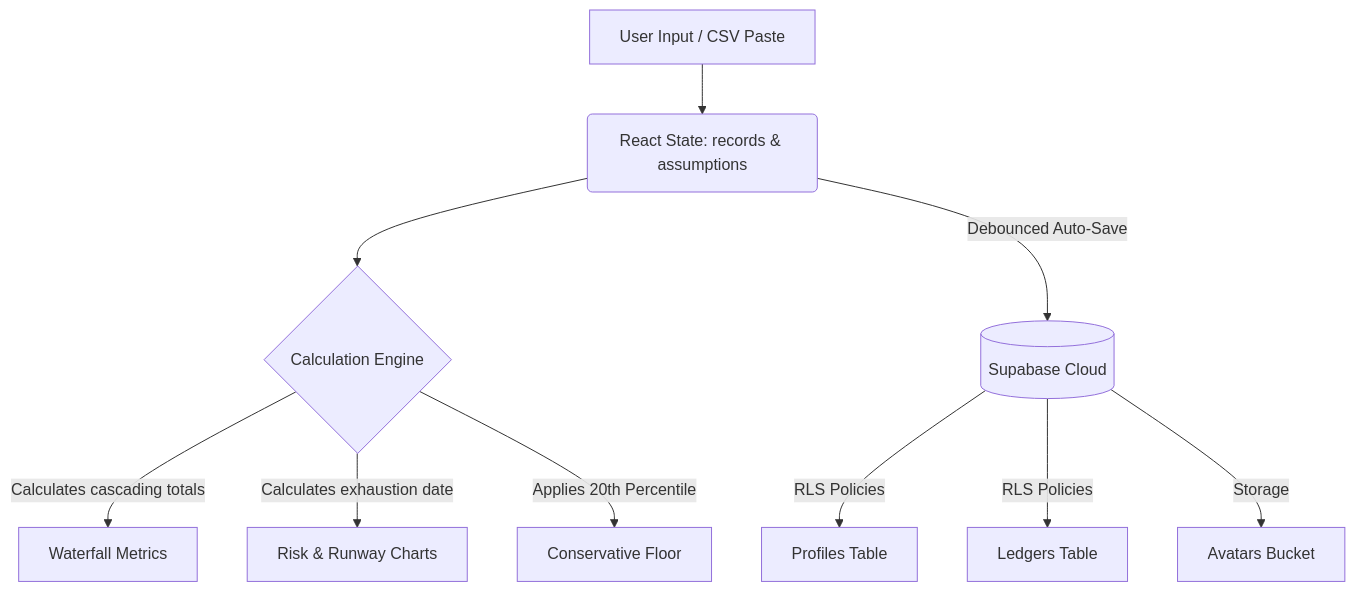
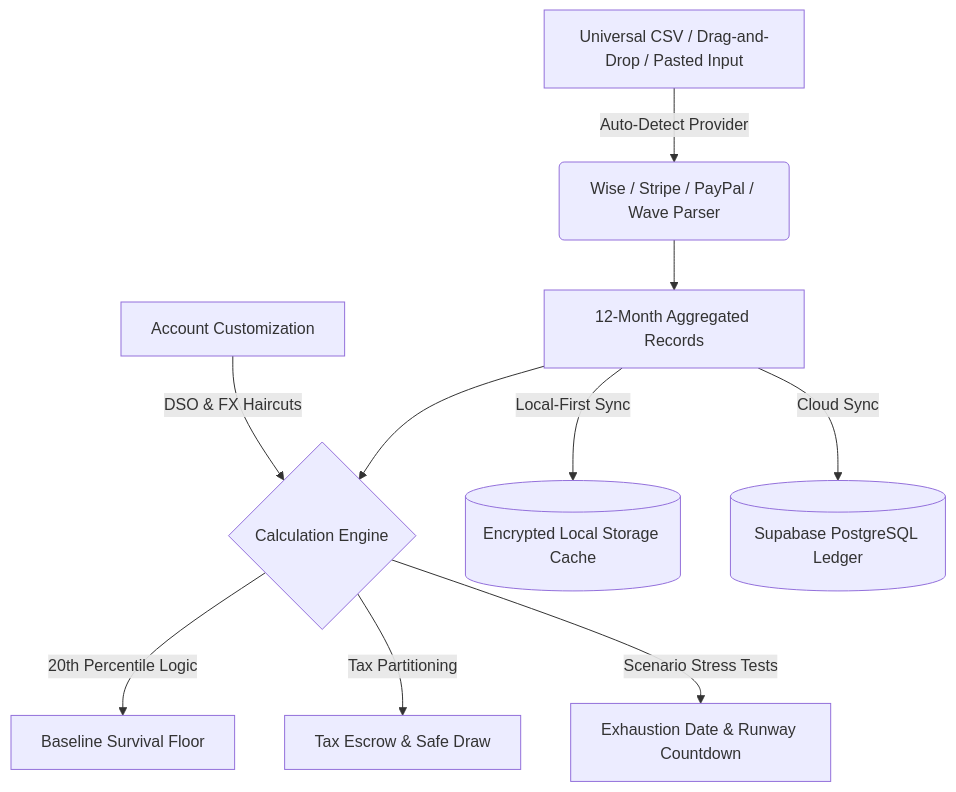
One commit to Harshal9865/cashfloor changed the diagram in README.md. Above: the diagram before and after it, drawn with Mermaid. The commit also changed other lines of this file and 2 other files, not shown here.

````diff
--- a/README.md
+++ b/README.md
@@ -47,14 +35,14 @@
 ```mermaid
 graph TD
-    A[User Input / CSV Paste] --> B(React State: records & assumptions)
-    B --> C{Calculation Engine}
-    C -->|Calculates cascading totals| D[Waterfall Metrics]
-    C -->|Calculates exhaustion date| E[Risk & Runway Charts]
-    C -->|Applies 20th Percentile| F[Conservative Floor]
+    A[Universal CSV / Drag-and-Drop / Pasted Input] -->|Auto-Detect Provider| B(Wise / Stripe / PayPal / Wave Parser)
+    B --> C[12-Month Aggregated Records]
+    C --> D{Calculation Engine}
+    D -->|20th Percentile Logic| E[Baseline Survival Floor]
+    D -->|Tax Partitioning| F[Tax Escrow & Safe Draw]
+    D -->|Scenario Stress Tests| G[Exhaustion Date & Runway Countdown]
     
-    B -->|Debounced Auto-Save| G[(Supabase Cloud)]
+    C -->|Local-First Sync| H[(Encrypted Local Storage Cache)]
+    C -->|Cloud Sync| I[(Supabase PostgreSQL Ledger)]
     
-    G -->|RLS Policies| H[Profiles Table]
-    G -->|RLS Policies| I[Ledgers Table]
-    G -->|Storage| J[Avatars Bucket]
+    J[Account Customization] -->|DSO & FX Haircuts| D
 ```
````
